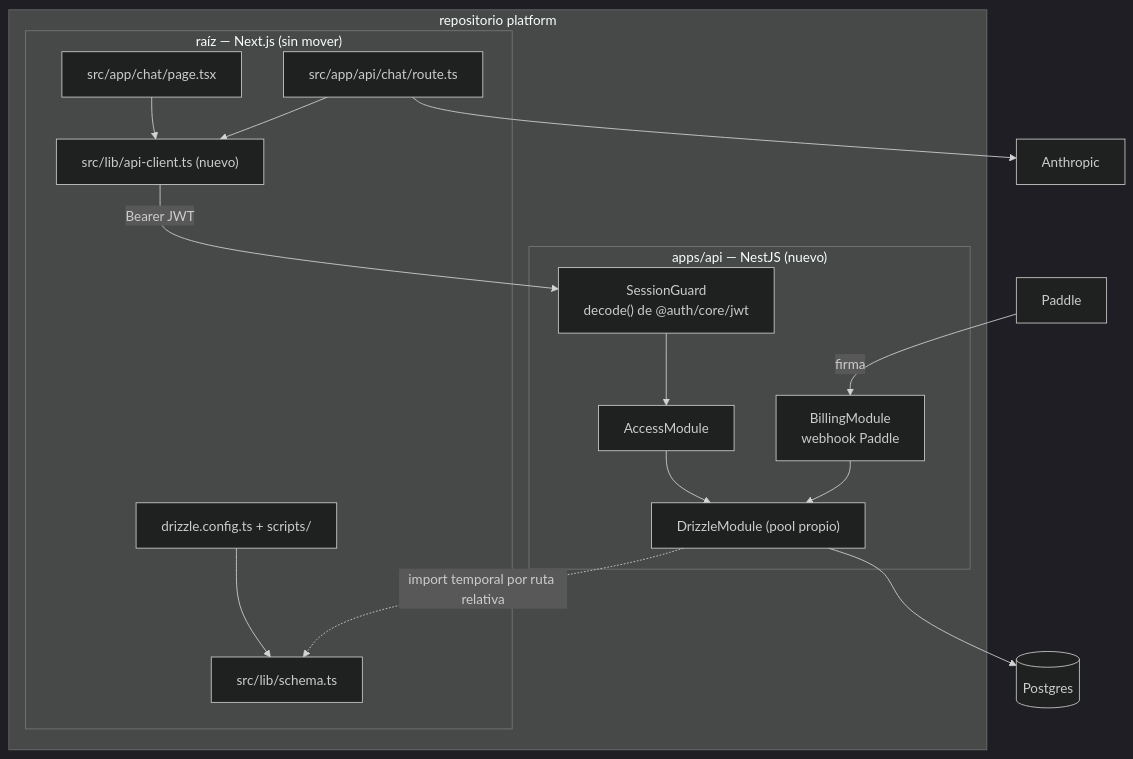
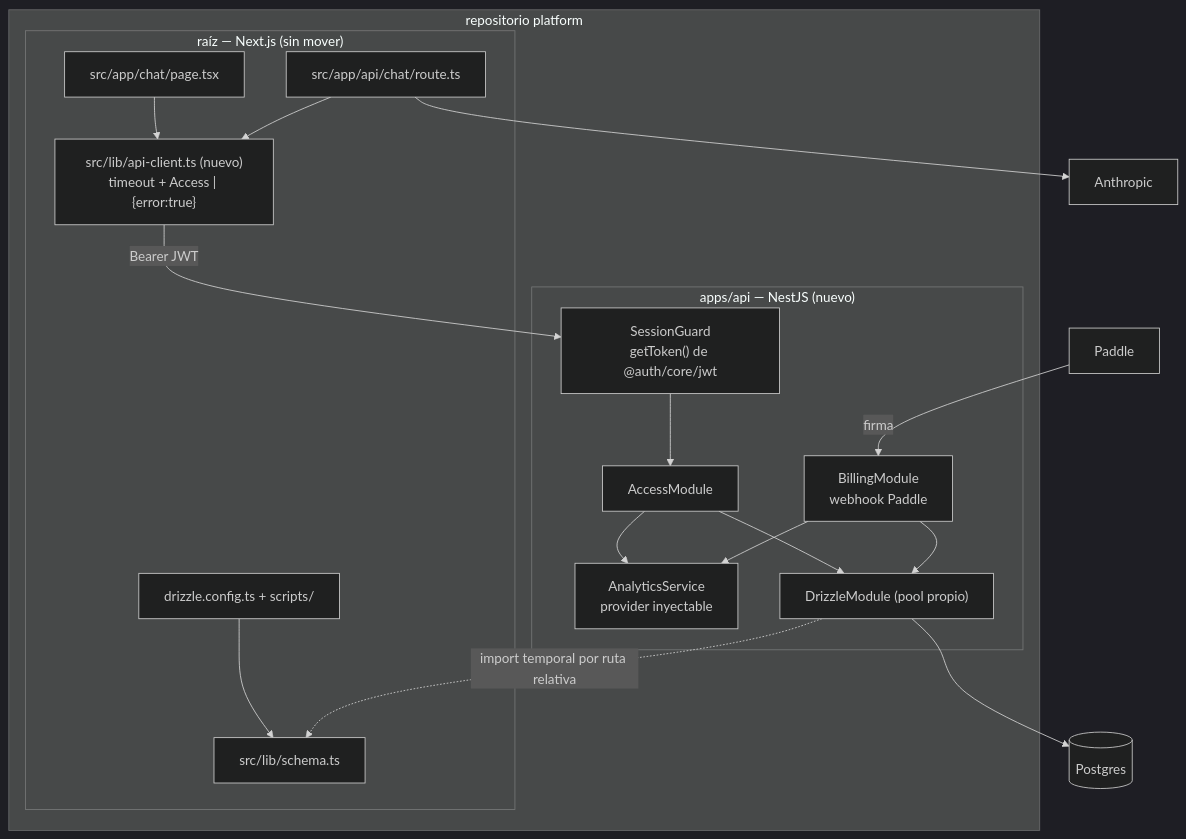
Before and after one commit to OSL-LMS/specforge: the second of 2 diagrams in 003-phase-1-api-acceso-y-cobro.md, drawn with Mermaid (dark theme). The commit also changed other lines of this file, not shown here.

````diff
--- a/003-phase-1-api-acceso-y-cobro.md
+++ b/003-phase-1-api-acceso-y-cobro.md
@@ -140,33 +201,36 @@
 ```mermaid
 flowchart TB
     subgraph repo["repositorio platform"]
         subgraph root["raíz — Next.js (sin mover)"]
             page["src/app/chat/page.tsx"]
             chat["src/app/api/chat/route.ts"]
-            client["src/lib/api-client.ts (nuevo)"]
+            client["src/lib/api-client.ts (nuevo)<br/>timeout + Access | {error:true}"]
             schema["src/lib/schema.ts"]
             dcfg["drizzle.config.ts + scripts/"]
         end
         subgraph api["apps/api — NestJS (nuevo)"]
-            guard["SessionGuard<br/>decode() de @auth/core/jwt"]
+            guard["SessionGuard<br/>getToken() de @auth/core/jwt"]
             access["AccessModule"]
             billing["BillingModule<br/>webhook Paddle"]
+            analytics["AnalyticsService<br/>provider inyectable"]
             db2["DrizzleModule (pool propio)"]
         end
     end
     pg[(Postgres)]
     paddle[Paddle]
     anthropic[Anthropic]
 
     page --> client
     chat --> client
     client -->|"Bearer JWT"| guard
     guard --> access
     paddle -->|firma| billing
     access --> db2
     billing --> db2
+    access --> analytics
+    billing --> analytics
     db2 --> pg
     dcfg --> schema
     db2 -.->|"import temporal por ruta relativa"| schema
     chat --> anthropic
 ```
````
